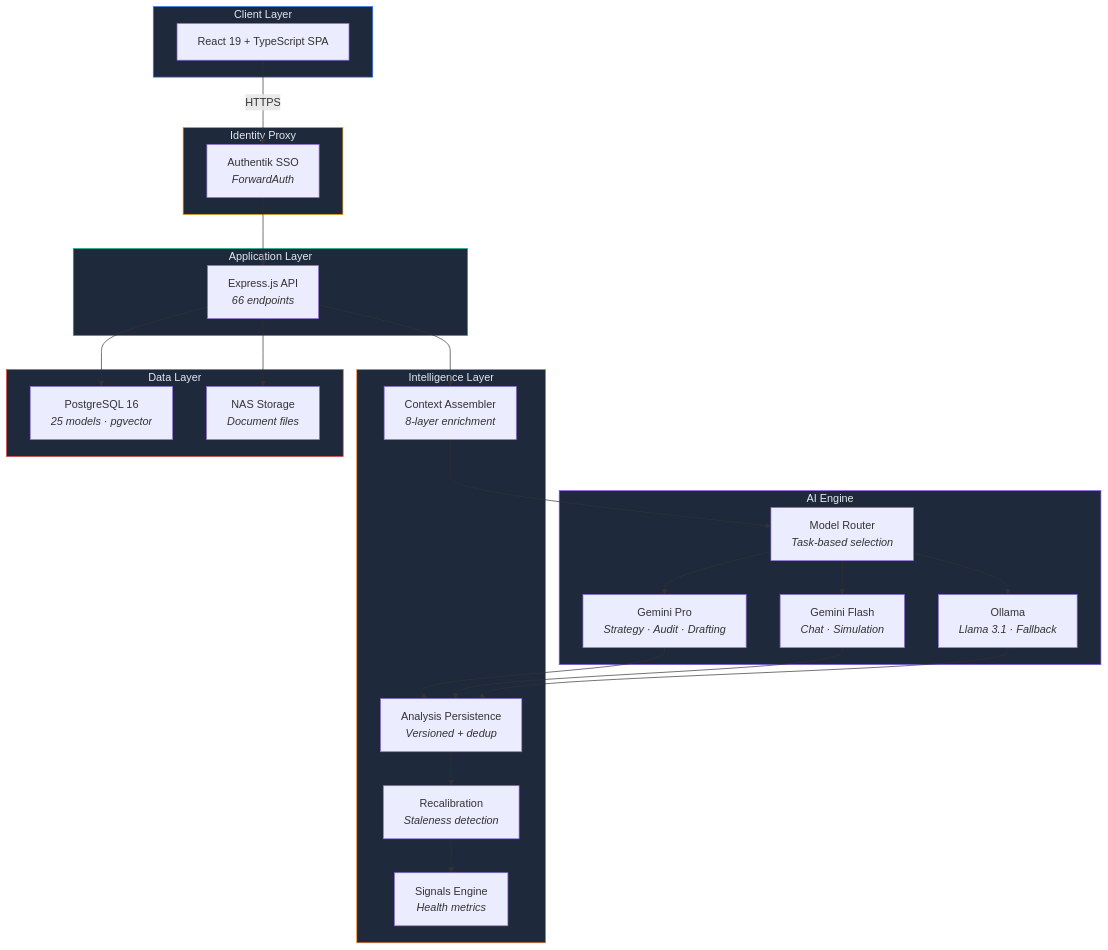
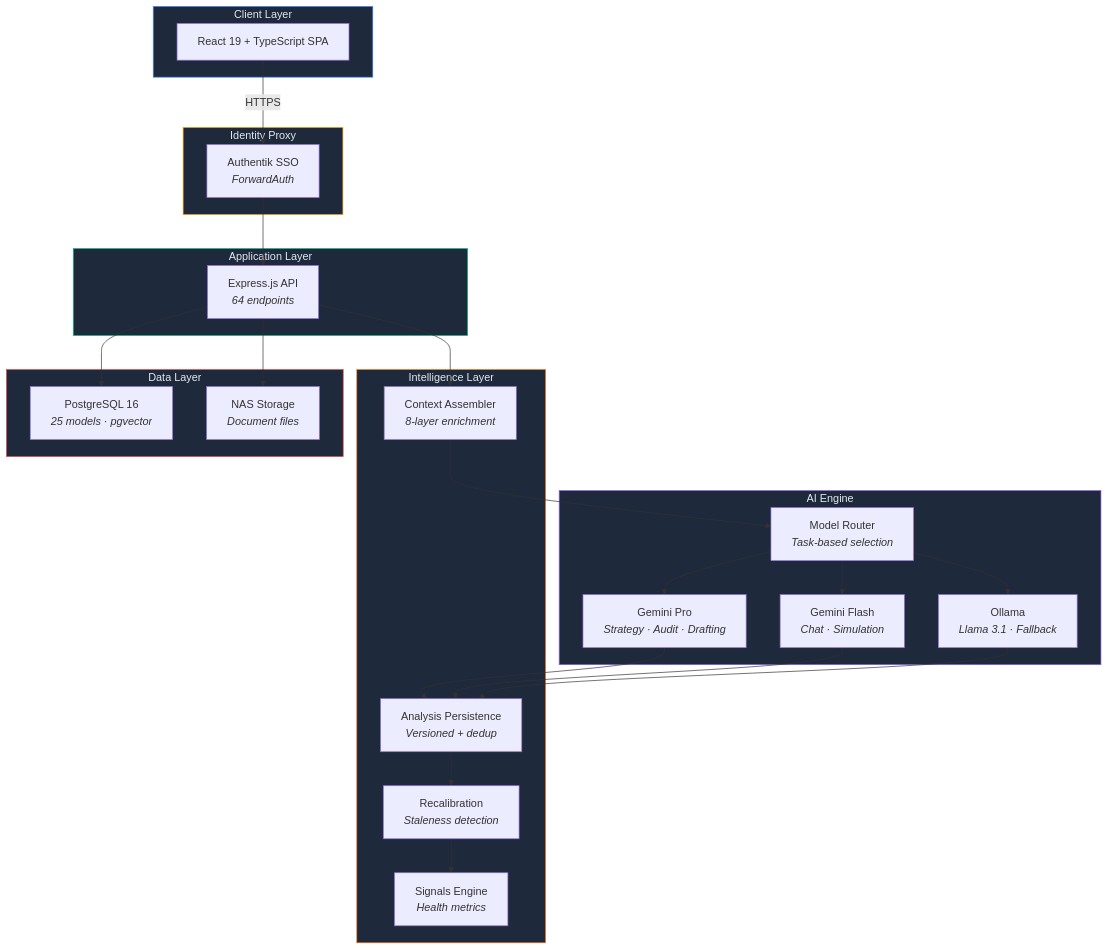
Before and after one commit to EolaFam1828/AetherLegalIntelligence: the diagram in README.md, drawn with Mermaid. The commit also changed other lines of this file and 3 other files, not shown here.

Commit message:
Fix endpoint count (66→64 route modules + 2 health), add edge proxy to architecture diagram, split simulator bullet to match 21-module count

````diff
--- a/README.md
+++ b/README.md
@@ -218,50 +218,50 @@
 ```mermaid
 flowchart TB
     subgraph CLIENT["Client Layer"]
         UI["React 19 + TypeScript SPA"]
     end
 
     subgraph EDGE["Identity Proxy"]
         AK["Authentik SSO<br/><i>ForwardAuth</i>"]
     end
 
     subgraph API["Application Layer"]
-        EX["Express.js API<br/><i>66 endpoints</i>"]
+        EX["Express.js API<br/><i>64 endpoints</i>"]
     end
 
     subgraph AI["AI Engine"]
         RT["Model Router<br/><i>Task-based selection</i>"]
         G3P["Gemini Pro<br/><i>Strategy · Audit · Drafting</i>"]
         G3F["Gemini Flash<br/><i>Chat · Simulation</i>"]
         OL["Ollama<br/><i>Llama 3.1 · Fallback</i>"]
     end
 
     subgraph INTEL["Intelligence Layer"]
         CTX["Context Assembler<br/><i>8-layer enrichment</i>"]
         SIG["Signals Engine<br/><i>Health metrics</i>"]
         PERSIST["Analysis Persistence<br/><i>Versioned + dedup</i>"]
         RECAL["Recalibration<br/><i>Staleness detection</i>"]
     end
 
     subgraph DATA["Data Layer"]
         PG["PostgreSQL 16<br/><i>25 models · pgvector</i>"]
         FS["NAS Storage<br/><i>Document files</i>"]
     end
 
     UI -->|HTTPS| AK
     AK --> EX
     EX --> CTX
     CTX --> RT
     RT --> G3P & G3F & OL
     G3P & G3F & OL --> PERSIST
     PERSIST --> RECAL
     RECAL --> SIG
     EX --> PG & FS
 
     style CLIENT fill:#1e293b,stroke:#3b82f6,color:#e2e8f0
     style EDGE fill:#1e293b,stroke:#f59e0b,color:#e2e8f0
     style API fill:#1e293b,stroke:#10b981,color:#e2e8f0
     style AI fill:#1e293b,stroke:#8b5cf6,color:#e2e8f0
     style INTEL fill:#1e293b,stroke:#f97316,color:#e2e8f0
     style DATA fill:#1e293b,stroke:#ef4444,color:#e2e8f0
 ```
````
